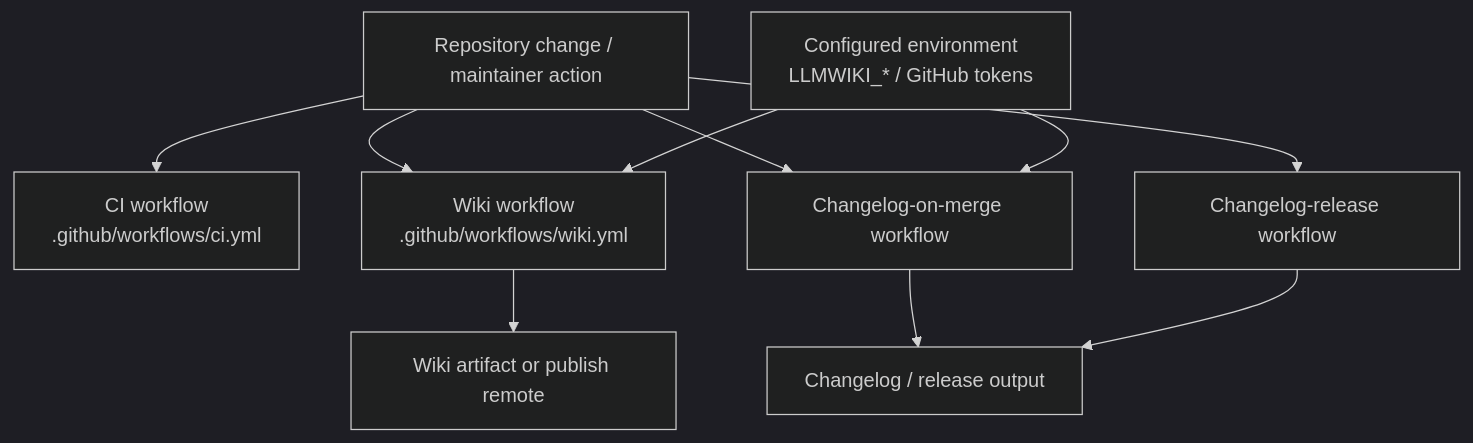
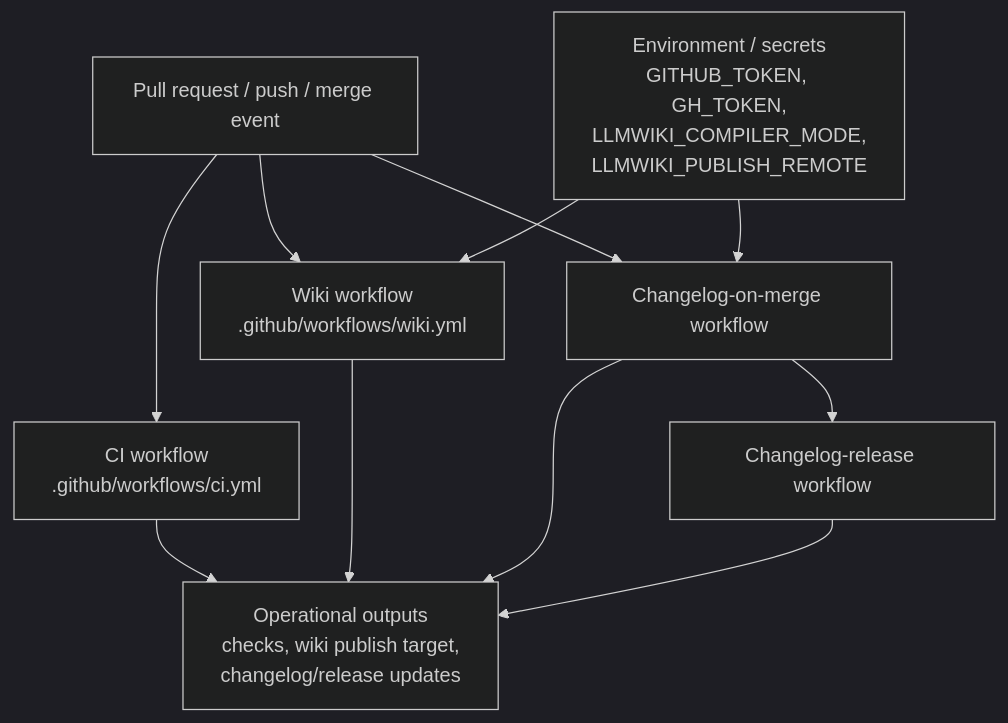
Before and after one commit to mfittko/repo-wiki: the fourth of 4 diagrams in Architecture.md, drawn with Mermaid (dark theme). The commit also changed other lines of this file and 45 other files, not shown here.

Commit message:
Compile repository wiki 2026-06-12T14:50:50.423Z

````diff
--- a/Architecture.md
+++ b/Architecture.md
@@ -298,21 +260,21 @@
 ```mermaid
-flowchart TD
-  Change["Repository change / maintainer action"]
-  CI["CI workflow<br/>.github/workflows/ci.yml"]
-  Wiki["Wiki workflow<br/>.github/workflows/wiki.yml"]
-  ChangelogMerge["Changelog-on-merge workflow"]
-  ChangelogRelease["Changelog-release workflow"]
-  Env["Configured environment<br/>LLMWIKI_* / GitHub tokens"]
-  ArtifactOrWiki["Wiki artifact or publish remote"]
-  ReleaseNotes["Changelog / release output"]
+flowchart TB
+    PR["Pull request / push / merge event"]
+    CI["CI workflow<br/>.github/workflows/ci.yml"]
+    Wiki["Wiki workflow<br/>.github/workflows/wiki.yml"]
+    ChangelogMerge["Changelog-on-merge workflow"]
+    ChangelogRelease["Changelog-release workflow"]
+    Config["Environment / secrets<br/>GITHUB_TOKEN, GH_TOKEN,<br/>LLMWIKI_COMPILER_MODE,<br/>LLMWIKI_PUBLISH_REMOTE"]
+    Outputs["Operational outputs<br/>checks, wiki publish target,<br/>changelog/release updates"]
 
-  Change --> CI
-  Change --> Wiki
-  Change --> ChangelogMerge
-  Change --> ChangelogRelease
-  Env --> Wiki
-  Env --> ChangelogMerge
-  Wiki --> ArtifactOrWiki
-  ChangelogMerge --> ReleaseNotes
-  ChangelogRelease --> ReleaseNotes
+    PR --> CI
+    PR --> Wiki
+    PR --> ChangelogMerge
+    ChangelogMerge --> ChangelogRelease
+    Config --> Wiki
+    Config --> ChangelogMerge
+    CI --> Outputs
+    Wiki --> Outputs
+    ChangelogMerge --> Outputs
+    ChangelogRelease --> Outputs
 ```
````
